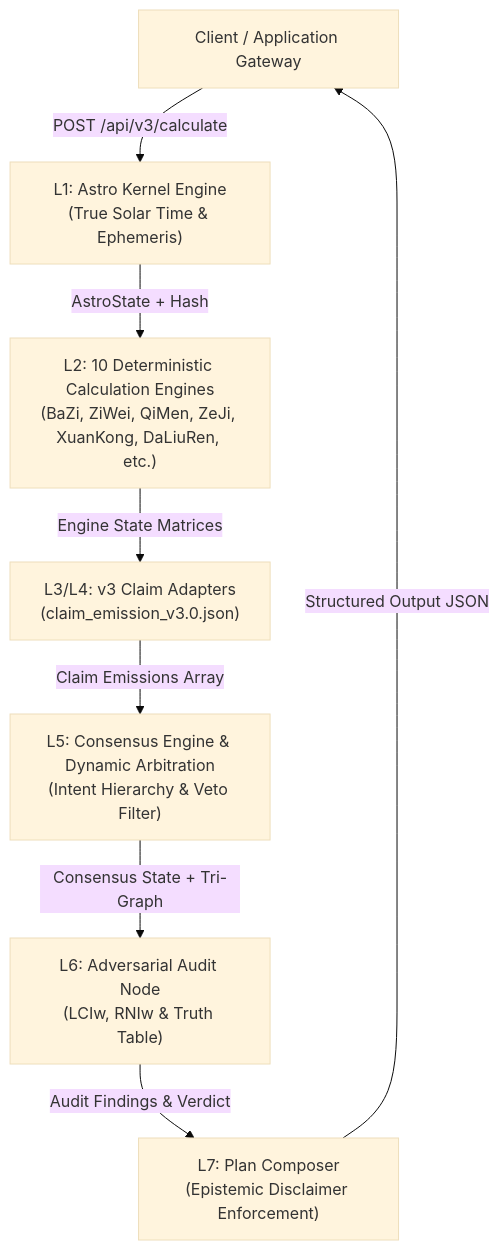
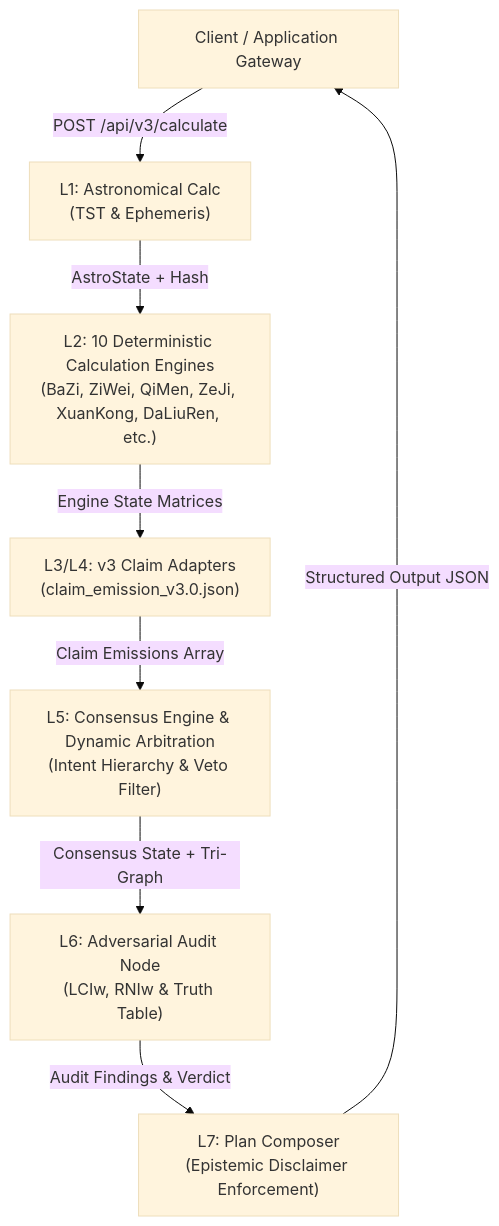
Before and after one commit to pphothidaen/HoroConsultant: the first of 2 diagrams in docs/v3_api_specification.md, drawn with Mermaid (base theme). The commit also changed other lines of this file and 45 other files, not shown here.

````diff
--- a/docs/v3_api_specification.md
+++ b/docs/v3_api_specification.md
@@ -26,10 +26,10 @@
 ```mermaid
 flowchart TD
-    Client["Client / Application Gateway"] -->|POST /api/v3/calculate| L1["L1: Astro Kernel Engine\n(True Solar Time & Ephemeris)"]
+    Client["Client / Application Gateway"] -->|POST /api/v3/calculate| L1["L1: Astronomical Calc<br/>(TST & Ephemeris)"]
     L1 -->|AstroState + Hash| L2["L2: 10 Deterministic Calculation Engines\n(BaZi, ZiWei, QiMen, ZeJi, XuanKong, DaLiuRen, etc.)"]
     L2 -->|Engine State Matrices| L3["L3/L4: v3 Claim Adapters\n(claim_emission_v3.0.json)"]
     L3 -->|Claim Emissions Array| L5["L5: Consensus Engine & Dynamic Arbitration\n(Intent Hierarchy & Veto Filter)"]
     L5 -->|Consensus State + Tri-Graph| L6["L6: Adversarial Audit Node\n(LCIw, RNIw & Truth Table)"]
     L6 -->|Audit Findings & Verdict| L7["L7: Plan Composer\n(Epistemic Disclaimer Enforcement)"]
     L7 -->|Structured Output JSON| Client
 ```
````
